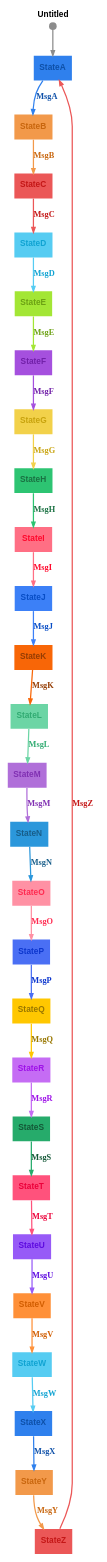
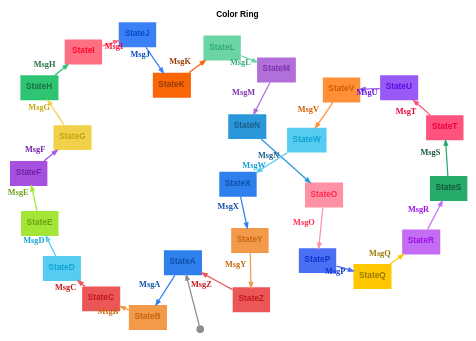
One commit to m-bock/purescript-transit changed the diagram in graphs/color-ring.dot. Above: the diagram before and after it, drawn with Graphviz. The commit also changed 13 other files, not shown here.

Commit message:
Refactor graph generation functions: update writeToFile functions to accept options as the first parameter, modify example usages in Door and ColorRing, and enhance graph attributes with titles. Remove unused color-test files.

```diff
--- a/graphs/color-ring.dot
+++ b/graphs/color-ring.dot
@@ -1,58 +1,59 @@
 digraph 
 {
-rankdir = "TD";fontname = "Arial";label = <<b>Untitled</b>>;labelloc = "t";fontsize = 12
+rankdir = "TD";fontname = "Arial";label = <<b>Color Ring</b>>;labelloc = "t";fontsize = 12
+graph [layout=sfdp;overlap=false, K=2.5, repulsiveforce=4, splines=true];
 StateA [shape = "box", label = <<b>StateA</b>>, fontsize = 12, style = "filled", fillcolor = "#2f80ed", fontcolor = "#0e50a8", fontname = "Arial", labelloc = "c", penwidth = 0.0]
 __Start__ [shape = "circle", label = "", width = 0.15, height = 0.15, fixedsize = true, style = "filled", fillcolor = "#8c8c8c", penwidth = 0.0]
 __Start__ -> StateA [color = "#8c8c8c", fontsize = 12, arrowsize = "0.7", penwidth = 1.8]
 StateA -> StateB [color = "#2f80ed", fontcolor = "#0e50a8", fontsize = 12, arrowsize = "0.7", label = <<b>MsgA</b>>, penwidth = 1.8]
 StateB [shape = "box", label = <<b>StateB</b>>, fontsize = 12, style = "filled", fillcolor = "#f2994a", fontcolor = "#c8660e", fontname = "Arial", labelloc = "c", penwidth = 0.0]
 StateB -> StateC [color = "#f2994a", fontcolor = "#c8660e", fontsize = 12, arrowsize = "0.7", label = <<b>MsgB</b>>, penwidth = 1.8]
 StateC [shape = "box", label = <<b>StateC</b>>, fontsize = 12, style = "filled", fillcolor = "#eb5757", fontcolor = "#c41717", fontname = "Arial", labelloc = "c", penwidth = 0.0]
 StateC -> StateD [color = "#eb5757", fontcolor = "#c41717", fontsize = 12, arrowsize = "0.7", label = <<b>MsgC</b>>, penwidth = 1.8]
 StateD [shape = "box", label = <<b>StateD</b>>, fontsize = 12, style = "filled", fillcolor = "#56ccf2", fontcolor = "#10a3d2", fontname = "Arial", labelloc = "c", penwidth = 0.0]
 StateD -> StateE [color = "#56ccf2", fontcolor = "#10a3d2", fontsize = 12, arrowsize = "0.7", label = <<b>MsgD</b>>, penwidth = 1.8]
 StateE [shape = "box", label = <<b>StateE</b>>, fontsize = 12, style = "filled", fillcolor = "#a3e635", fontcolor = "#6ca114", fontname = "Arial", labelloc = "c", penwidth = 0.0]
 StateE -> StateF [color = "#a3e635", fontcolor = "#6ca114", fontsize = 12, arrowsize = "0.7", label = <<b>MsgE</b>>, penwidth = 1.8]
 StateF [shape = "box", label = <<b>StateF</b>>, fontsize = 12, style = "filled", fillcolor = "#a550de", fontcolor = "#7120a8", fontname = "Arial", labelloc = "c", penwidth = 0.0]
 StateF -> StateG [color = "#a550de", fontcolor = "#7120a8", fontsize = 12, arrowsize = "0.7", label = <<b>MsgF</b>>, penwidth = 1.8]
 StateG [shape = "box", label = <<b>StateG</b>>, fontsize = 12, style = "filled", fillcolor = "#f2d14a", fontcolor = "#c8a30e", fontname = "Arial", labelloc = "c", penwidth = 0.0]
 StateG -> StateH [color = "#f2d14a", fontcolor = "#c8a30e", fontsize = 12, arrowsize = "0.7", label = <<b>MsgG</b>>, penwidth = 1.8]
 StateH [shape = "box", label = <<b>StateH</b>>, fontsize = 12, style = "filled", fillcolor = "#2dc472", fontcolor = "#1a7142", fontname = "Arial", labelloc = "c", penwidth = 0.0]
 StateH -> StateI [color = "#2dc472", fontcolor = "#1a7142", fontsize = 12, arrowsize = "0.7", label = <<b>MsgH</b>>, penwidth = 1.8]
 StateI [shape = "box", label = <<b>StateI</b>>, fontsize = 12, style = "filled", fillcolor = "#ff6f84", fontcolor = "#ff092d", fontname = "Arial", labelloc = "c", penwidth = 0.0]
 StateI -> StateJ [color = "#ff6f84", fontcolor = "#ff092d", fontsize = 12, arrowsize = "0.7", label = <<b>MsgI</b>>, penwidth = 1.8]
 StateJ [shape = "box", label = <<b>StateJ</b>>, fontsize = 12, style = "filled", fillcolor = "#3c80f7", fontcolor = "#084dc5", fontname = "Arial", labelloc = "c", penwidth = 0.0]
 StateJ -> StateK [color = "#3c80f7", fontcolor = "#084dc5", fontsize = 12, arrowsize = "0.7", label = <<b>MsgJ</b>>, penwidth = 1.8]
 StateK [shape = "box", label = <<b>StateK</b>>, fontsize = 12, style = "filled", fillcolor = "#f86607", fontcolor = "#953d04", fontname = "Arial", labelloc = "c", penwidth = 0.0]
 StateK -> StateL [color = "#f86607", fontcolor = "#953d04", fontsize = 12, arrowsize = "0.7", label = <<b>MsgK</b>>, penwidth = 1.8]
 StateL [shape = "box", label = <<b>StateL</b>>, fontsize = 12, style = "filled", fillcolor = "#6cd5a5", fontcolor = "#31ab72", fontname = "Arial", labelloc = "c", penwidth = 0.0]
 StateL -> StateM [color = "#6cd5a5", fontcolor = "#31ab72", fontsize = 12, arrowsize = "0.7", label = <<b>MsgL</b>>, penwidth = 1.8]
 StateM [shape = "box", label = <<b>StateM</b>>, fontsize = 12, style = "filled", fillcolor = "#b06fd9", fontcolor = "#8030b2", fontname = "Arial", labelloc = "c", penwidth = 0.0]
 StateM -> StateN [color = "#b06fd9", fontcolor = "#8030b2", fontsize = 12, arrowsize = "0.7", label = <<b>MsgM</b>>, penwidth = 1.8]
 StateN [shape = "box", label = <<b>StateN</b>>, fontsize = 12, style = "filled", fillcolor = "#2b97db", fontcolor = "#175d89", fontname = "Arial", labelloc = "c", penwidth = 0.0]
 StateN -> StateO [color = "#2b97db", fontcolor = "#175d89", fontsize = 12, arrowsize = "0.7", label = <<b>MsgN</b>>, penwidth = 1.8]
 StateO [shape = "box", label = <<b>StateO</b>>, fontsize = 12, style = "filled", fillcolor = "#ff91a4", fontcolor = "#ff2b51", fontname = "Arial", labelloc = "c", penwidth = 0.0]
 StateO -> StateP [color = "#ff91a4", fontcolor = "#ff2b51", fontsize = 12, arrowsize = "0.7", label = <<b>MsgO</b>>, penwidth = 1.8]
 StateP [shape = "box", label = <<b>StateP</b>>, fontsize = 12, style = "filled", fillcolor = "#4a6ff4", fontcolor = "#0c36cd", fontname = "Arial", labelloc = "c", penwidth = 0.0]
 StateP -> StateQ [color = "#4a6ff4", fontcolor = "#0c36cd", fontsize = 12, arrowsize = "0.7", label = <<b>MsgP</b>>, penwidth = 1.8]
 StateQ [shape = "box", label = <<b>StateQ</b>>, fontsize = 12, style = "filled", fillcolor = "#ffc700", fontcolor = "#997700", fontname = "Arial", labelloc = "c", penwidth = 0.0]
 StateQ -> StateR [color = "#ffc700", fontcolor = "#997700", fontsize = 12, arrowsize = "0.7", label = <<b>MsgQ</b>>, penwidth = 1.8]
 StateR [shape = "box", label = <<b>StateR</b>>, fontsize = 12, style = "filled", fillcolor = "#c56cf4", fontcolor = "#9e12e8", fontname = "Arial", labelloc = "c", penwidth = 0.0]
 StateR -> StateS [color = "#c56cf4", fontcolor = "#9e12e8", fontsize = 12, arrowsize = "0.7", label = <<b>MsgR</b>>, penwidth = 1.8]
 StateS [shape = "box", label = <<b>StateS</b>>, fontsize = 12, style = "filled", fillcolor = "#26ab6b", fontcolor = "#145837", fontname = "Arial", labelloc = "c", penwidth = 0.0]
 StateS -> StateT [color = "#26ab6b", fontcolor = "#145837", fontsize = 12, arrowsize = "0.7", label = <<b>MsgS</b>>, penwidth = 1.8]
 StateT [shape = "box", label = <<b>StateT</b>>, fontsize = 12, style = "filled", fillcolor = "#ff527c", fontcolor = "#eb0039", fontname = "Arial", labelloc = "c", penwidth = 0.0]
 StateT -> StateU [color = "#ff527c", fontcolor = "#eb0039", fontsize = 12, arrowsize = "0.7", label = <<b>MsgT</b>>, penwidth = 1.8]
 StateU [shape = "box", label = <<b>StateU</b>>, fontsize = 12, style = "filled", fillcolor = "#975af7", fontcolor = "#5e0be0", fontname = "Arial", labelloc = "c", penwidth = 0.0]
 StateU -> StateV [color = "#975af7", fontcolor = "#5e0be0", fontsize = 12, arrowsize = "0.7", label = <<b>MsgU</b>>, penwidth = 1.8]
 StateV [shape = "box", label = <<b>StateV</b>>, fontsize = 12, style = "filled", fillcolor = "#ff9038", fontcolor = "#d15d00", fontname = "Arial", labelloc = "c", penwidth = 0.0]
 StateV -> StateW [color = "#ff9038", fontcolor = "#d15d00", fontsize = 12, arrowsize = "0.7", label = <<b>MsgV</b>>, penwidth = 1.8]
 StateW [shape = "box", label = <<b>StateW</b>>, fontsize = 12, style = "filled", fillcolor = "#56ccf2", fontcolor = "#10a3d2", fontname = "Arial", labelloc = "c", penwidth = 0.0]
 StateW -> StateX [color = "#56ccf2", fontcolor = "#10a3d2", fontsize = 12, arrowsize = "0.7", label = <<b>MsgW</b>>, penwidth = 1.8]
 StateX [shape = "box", label = <<b>StateX</b>>, fontsize = 12, style = "filled", fillcolor = "#2f80ed", fontcolor = "#0e50a8", fontname = "Arial", labelloc = "c", penwidth = 0.0]
 StateX -> StateY [color = "#2f80ed", fontcolor = "#0e50a8", fontsize = 12, arrowsize = "0.7", label = <<b>MsgX</b>>, penwidth = 1.8]
 StateY [shape = "box", label = <<b>StateY</b>>, fontsize = 12, style = "filled", fillcolor = "#f2994a", fontcolor = "#c8660e", fontname = "Arial", labelloc = "c", penwidth = 0.0]
 StateY -> StateZ [color = "#f2994a", fontcolor = "#c8660e", fontsize = 12, arrowsize = "0.7", label = <<b>MsgY</b>>, penwidth = 1.8]
 StateZ [shape = "box", label = <<b>StateZ</b>>, fontsize = 12, style = "filled", fillcolor = "#eb5757", fontcolor = "#c41717", fontname = "Arial", labelloc = "c", penwidth = 0.0]
 StateZ -> StateA [color = "#eb5757", fontcolor = "#c41717", fontsize = 12, arrowsize = "0.7", label = <<b>MsgZ</b>>, penwidth = 1.8]
 }
```
